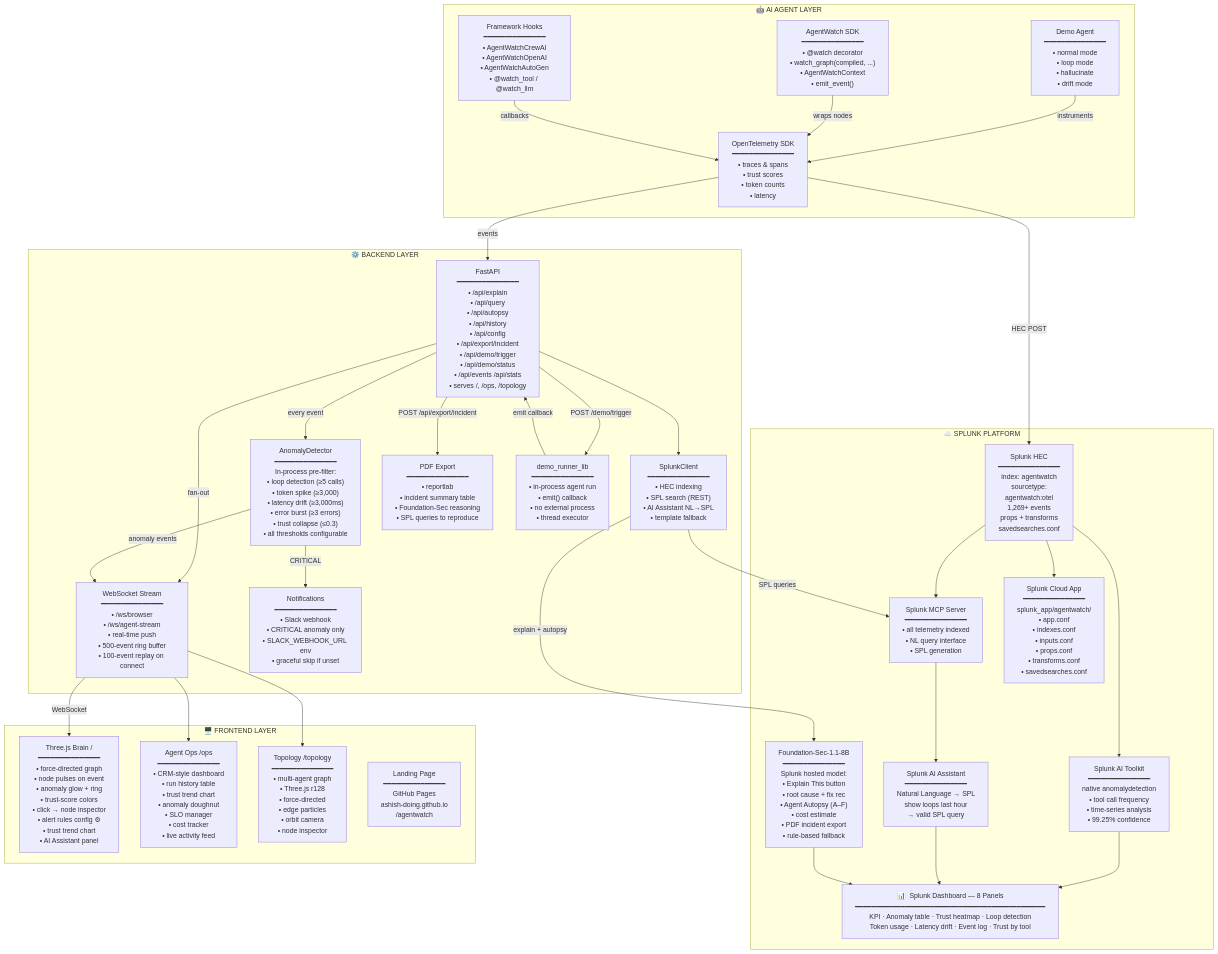
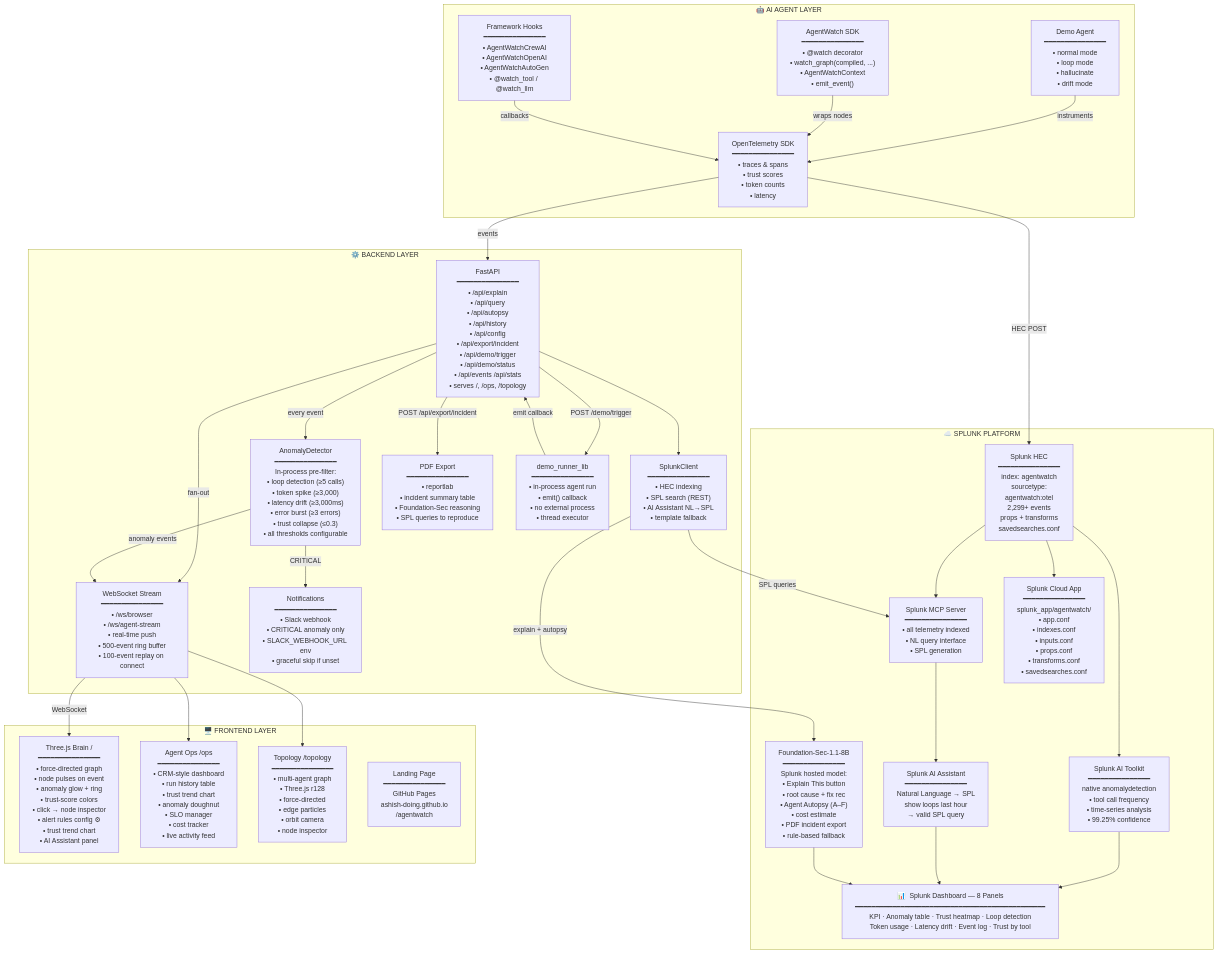
One commit to ashish-doing/agentwatch changed the first of 4 diagrams in architecture.md. Above: the diagram before and after it, drawn with Mermaid.

Commit message:
docs: fix HEC node event count in Mermaid diagram

````diff
--- a/architecture.md
+++ b/architecture.md
@@ -11,62 +11,62 @@
 ```mermaid
 flowchart TD
     subgraph AGENT["🤖 AI AGENT LAYER"]
         SDK["AgentWatch SDK\n━━━━━━━━━━━━━━━\n• @watch decorator\n• watch_graph(compiled, ...)\n• AgentWatchContext\n• emit_event()"]
         HOOKS["Framework Hooks\n━━━━━━━━━━━━━━━\n• AgentWatchCrewAI\n• AgentWatchOpenAI\n• AgentWatchAutoGen\n• @watch_tool / @watch_llm"]
         LG["Demo Agent\n━━━━━━━━━━━━━━━\n• normal mode\n• loop mode\n• hallucinate\n• drift mode"]
         OT["OpenTelemetry SDK\n━━━━━━━━━━━━━━━\n• traces & spans\n• trust scores\n• token counts\n• latency"]
         LG -->|instruments| OT
         SDK -->|wraps nodes| OT
         HOOKS -->|callbacks| OT
     end
 
     subgraph BACKEND["⚙️ BACKEND LAYER"]
         API["FastAPI\n━━━━━━━━━━━━━━━\n• /api/explain\n• /api/query\n• /api/autopsy\n• /api/history\n• /api/config\n• /api/export/incident\n• /api/demo/trigger\n• /api/demo/status\n• /api/events /api/stats\n• serves /, /ops, /topology"]
         AD["AnomalyDetector\n━━━━━━━━━━━━━━━\nIn-process pre-filter:\n• loop detection (≥5 calls)\n• token spike (≥3,000)\n• latency drift (≥3,000ms)\n• error burst (≥3 errors)\n• trust collapse (≤0.3)\n• all thresholds configurable"]
         WS["WebSocket Stream\n━━━━━━━━━━━━━━━\n• /ws/browser\n• /ws/agent-stream\n• real-time push\n• 500-event ring buffer\n• 100-event replay on connect"]
         SC["SplunkClient\n━━━━━━━━━━━━━━━\n• HEC indexing\n• SPL search (REST)\n• AI Assistant NL→SPL\n• template fallback"]
         SLACK["Notifications\n━━━━━━━━━━━━━━━\n• Slack webhook\n• CRITICAL anomaly only\n• SLACK_WEBHOOK_URL env\n• graceful skip if unset"]
         PDF["PDF Export\n━━━━━━━━━━━━━━━\n• reportlab\n• incident summary table\n• Foundation-Sec reasoning\n• SPL queries to reproduce"]
         DRL["demo_runner_lib\n━━━━━━━━━━━━━━━\n• in-process agent run\n• emit() callback\n• no external process\n• thread executor"]
         API -->|every event| AD
         API -->|fan-out| WS
         API --> SC
         API -->|POST /demo/trigger| DRL
         DRL -->|emit callback| API
         AD -->|anomaly events| WS
         AD -->|CRITICAL| SLACK
         API -->|POST /api/export/incident| PDF
     end
 
     subgraph SPLUNK["☁️ SPLUNK PLATFORM"]
-        HEC["Splunk HEC\n━━━━━━━━━━━━━━━\nindex: agentwatch\nsourcetype:\nagentwatch:otel\n1,269+ events\nprops + transforms\nsavedsearches.conf"]
+        HEC["Splunk HEC\n━━━━━━━━━━━━━━━\nindex: agentwatch\nsourcetype:\nagentwatch:otel\n2,299+ events\nprops + transforms\nsavedsearches.conf"]
         AITK["Splunk AI Toolkit\n━━━━━━━━━━━━━━━\nnative anomalydetection\n• tool call frequency\n• time-series analysis\n• 99.25% confidence"]
         MCP["Splunk MCP Server\n━━━━━━━━━━━━━━━\n• all telemetry indexed\n• NL query interface\n• SPL generation"]
         ASST["Splunk AI Assistant\n━━━━━━━━━━━━━━━\nNatural Language → SPL\nshow loops last hour\n→ valid SPL query"]
         FSEC["Foundation-Sec-1.1-8B\n━━━━━━━━━━━━━━━\nSplunk hosted model:\n• Explain This button\n• root cause + fix rec\n• Agent Autopsy (A–F)\n• cost estimate\n• PDF incident export\n• rule-based fallback"]
         DASH["📊  Splunk Dashboard — 8 Panels\n━━━━━━━━━━━━━━━━━━━━━━━━━━━━━━━━━━━━━━━━━━━━━━\nKPI · Anomaly table · Trust heatmap · Loop detection\nToken usage · Latency drift · Event log · Trust by tool"]
         APP["Splunk Cloud App\n━━━━━━━━━━━━━━━\nsplunk_app/agentwatch/\n• app.conf\n• indexes.conf\n• inputs.conf\n• props.conf\n• transforms.conf\n• savedsearches.conf"]
         HEC --> AITK
         HEC --> MCP
         MCP --> ASST
         AITK --> DASH
         ASST --> DASH
         FSEC --> DASH
         HEC --> APP
     end
 
     subgraph FRONTEND["🖥️ FRONTEND LAYER"]
         BRAIN["Three.js Brain  /\n━━━━━━━━━━━━━━━\n• force-directed graph\n• node pulses on event\n• anomaly glow + ring\n• trust-score colors\n• click → node inspector\n• alert rules config ⚙\n• trust trend chart\n• AI Assistant panel"]
         OPS["Agent Ops  /ops\n━━━━━━━━━━━━━━━\n• CRM-style dashboard\n• run history table\n• trust trend chart\n• anomaly doughnut\n• SLO manager\n• cost tracker\n• live activity feed"]
         TOPO["Topology  /topology\n━━━━━━━━━━━━━━━\n• multi-agent graph\n• Three.js r128\n• force-directed\n• edge particles\n• orbit camera\n• node inspector"]
         LAND["Landing Page\n━━━━━━━━━━━━━━━\nGitHub Pages\nashish-doing.github.io\n/agentwatch"]
     end
 
     OT -->|HEC POST| HEC
     OT -->|events| API
     SC -->|SPL queries| MCP
     SC -->|explain + autopsy| FSEC
     WS -->|WebSocket| BRAIN
     WS --> OPS
     WS --> TOPO
 ```
````
